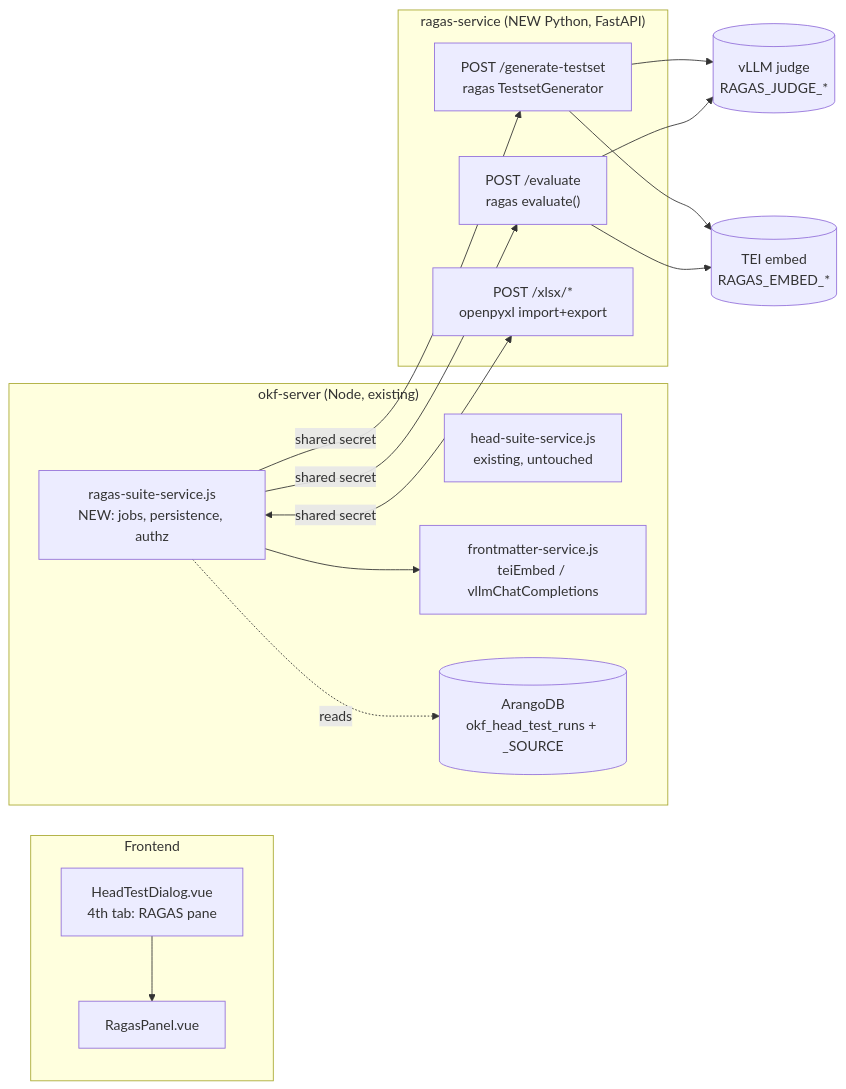
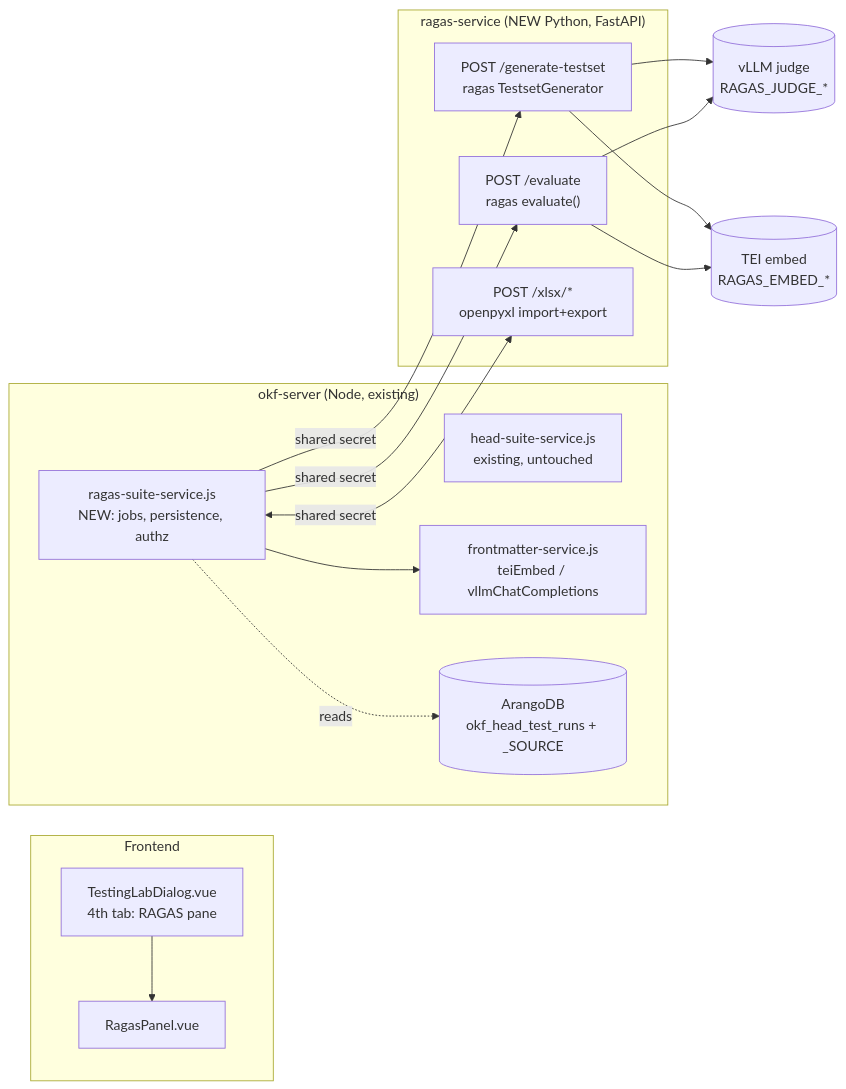
The first of 5 diagrams in _bmad-output/specs/spec-okf-ragas-benchmarking/architecture-diagrams.md (jrevillard/genie-ai-replica), drawn with Mermaid before and after one commit. The commit also changed other lines of this file and 103 other files, not shown here.

First line of the commit message:
feat(ragas): the Testing Lab, and three model pickers that say what they do

````diff
--- a/_bmad-output/specs/spec-okf-ragas-benchmarking/architecture-diagrams.md
+++ b/_bmad-output/specs/spec-okf-ragas-benchmarking/architecture-diagrams.md
@@ -7,27 +7,27 @@
 ```mermaid
 flowchart LR
   subgraph Frontend
-    HTD[HeadTestDialog.vue<br/>4th tab: RAGAS pane]
+    HTD[TestingLabDialog.vue<br/>4th tab: RAGAS pane]
     RP[RagasPanel.vue]
     HTD --> RP
   end
   subgraph Node["okf-server (Node, existing)"]
     RSS[ragas-suite-service.js<br/>NEW: jobs, persistence, authz]
     HTS[head-suite-service.js<br/>existing, untouched]
     FMS[frontmatter-service.js<br/>teiEmbed / vllmChatCompletions]
     RSS -.reads.-> AR[(ArangoDB<br/>okf_head_test_runs + _SOURCE)]
     RSS --> FMS
   end
   subgraph Sidecar["ragas-service (NEW Python, FastAPI)"]
     GEN["POST /generate-testset<br/>ragas TestsetGenerator"]
     EV["POST /evaluate<br/>ragas evaluate()"]
     XLS["POST /xlsx/*<br/>openpyxl import+export"]
   end
   RSS -->|shared secret| GEN
   RSS -->|shared secret| EV
   RSS <-->|shared secret| XLS
   GEN --> VLLM[(vLLM judge<br/>RAGAS_JUDGE_*)]
   GEN --> TEI[(TEI embed<br/>RAGAS_EMBED_*)]
   EV --> VLLM
   EV --> TEI
 ```
````
